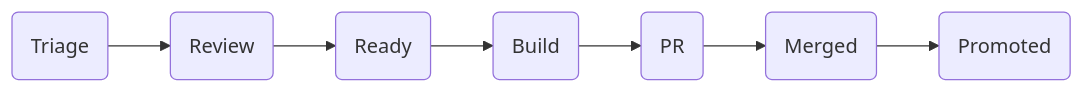
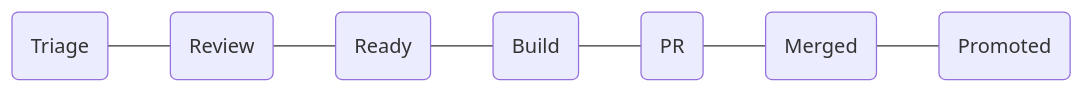
Before and after one commit to ContinuousEngineeringProject/ContinuousEngineeringProject.github.io: the second of 3 diagrams in docs/factory_pipelines.md, drawn with Mermaid. The commit also changed other lines of this file, not shown here.

Commit message:
doc: add engineering pipeline diagram

````diff
--- a/docs/factory_pipelines.md
+++ b/docs/factory_pipelines.md
@@ -22,9 +21,11 @@
 ```mermaid
 flowchart LR
-  id1(Triage) --> id2(Review)
-  id2 --> id3(Ready)
-  id3 --> id4(Build)
-  id4 --> id5(PR)
-  id5 --> id6(Merged)
-  id6 --> id7(Promoted)
+  id1(Triage)
+  id2(Review)
+  id3(Ready)
+  id4(Build)
+  id5(PR)
+  id6(Merged)
+  id7(Promoted)
+  id1 --- id2 --- id3 --- id4 --- id5 --- id6 --- id7
 ```
````
